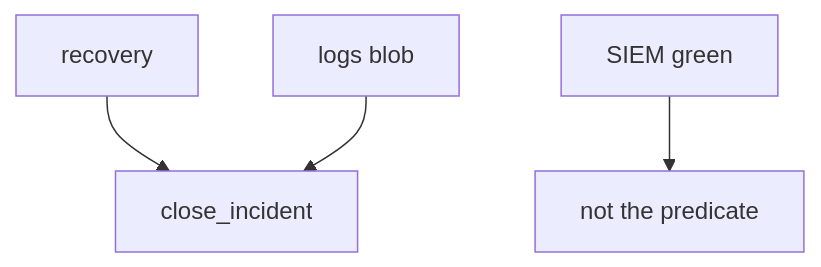
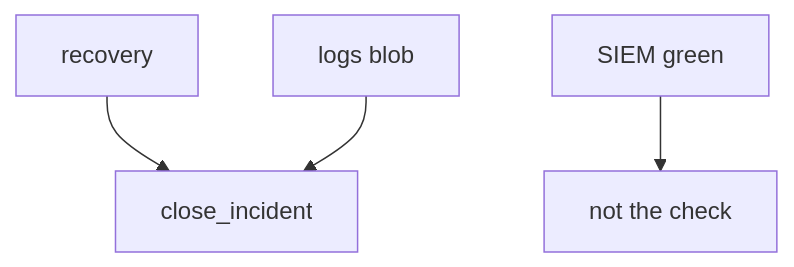
One commit to ishitvagoel/LearnSecurity changed the first of 2 diagrams in content/modules/10/10.5/lessons/02-model.md. Above: the diagram before and after it, drawn with Mermaid. The commit also changed other lines of this file and 39 other files, not shown here.

````diff
--- a/content/modules/10/10.5/lessons/02-model.md
+++ b/content/modules/10/10.5/lessons/02-model.md
@@ -15,6 +18,6 @@
 ```mermaid
 flowchart TD
   Rec[recovery] --> Close[close_incident]
   Logs[logs blob] --> Close
-  Siem[SIEM green] --> NotClose[not the predicate]
+  Siem[SIEM green] --> NotClose[not the check]
 ```
````
